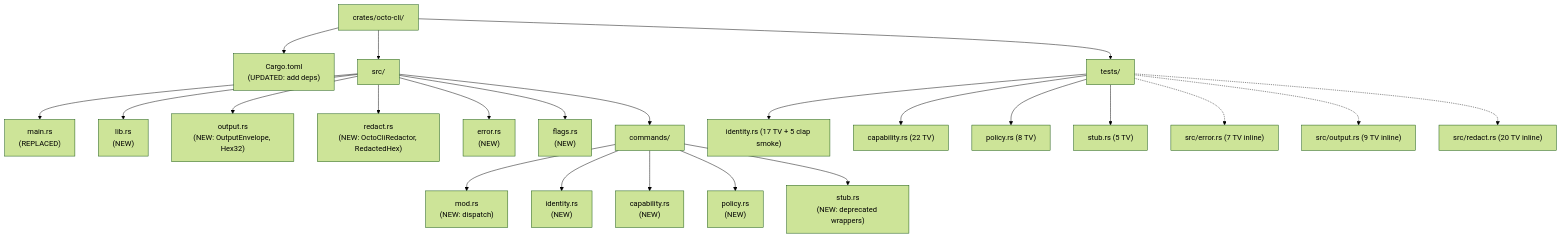
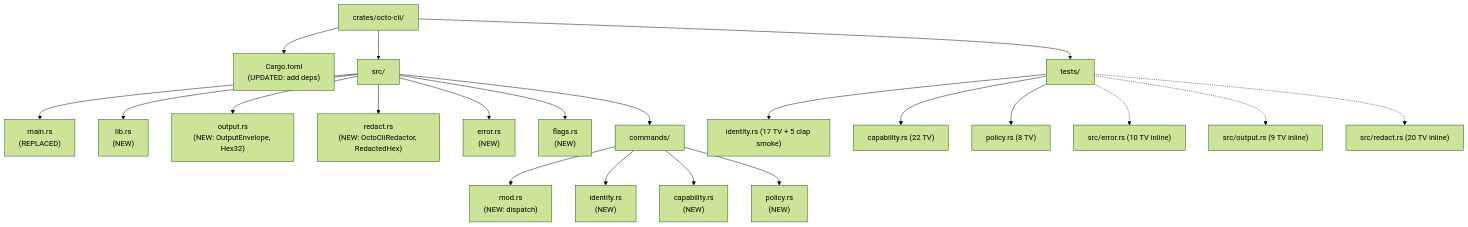
The diagram in docs/07-developers/octo-cli-implementation-guide.md (CipherOcto/cipherocto), drawn with Mermaid (forest theme) before and after one commit. The commit also changed other lines of this file and 2 other files, not shown here.

First line of the commit message:
fix(octo-cli): v2.0 stub removal review sweep round 4

````diff
--- a/docs/07-developers/octo-cli-implementation-guide.md
+++ b/docs/07-developers/octo-cli-implementation-guide.md
@@ -34,30 +34,28 @@
 ```mermaid
 graph TD
     crate["crates/octo-cli/"]
     crate --> cargo["Cargo.toml<br/>(UPDATED: add deps)"]
     crate --> src[src/]
     crate --> tests[tests/]
 
     src --> main["main.rs<br/>(REPLACED)"]
     src --> lib["lib.rs<br/>(NEW)"]
     src --> output["output.rs<br/>(NEW: OutputEnvelope, Hex32)"]
     src --> redact["redact.rs<br/>(NEW: OctoCliRedactor, RedactedHex)"]
     src --> error["error.rs<br/>(NEW)"]
     src --> flags["flags.rs<br/>(NEW)"]
     src --> commands[commands/]
 
     commands --> cmod["mod.rs<br/>(NEW: dispatch)"]
     commands --> identity["identity.rs<br/>(NEW)"]
     commands --> capability["capability.rs<br/>(NEW)"]
     commands --> policy["policy.rs<br/>(NEW)"]
-    commands --> stub["stub.rs<br/>(NEW: deprecated wrappers)"]
 
     tests --> t_id["identity.rs (17 TV + 5 clap smoke)"]
     tests --> t_cap["capability.rs (22 TV)"]
     tests --> t_pol["policy.rs (8 TV)"]
-    tests --> t_dep["stub.rs (5 TV)"]
     %% inline #[cfg(test)] modules in src/:
-    tests -.-> t_err["src/error.rs (7 TV inline)"]
+    tests -.-> t_err["src/error.rs (10 TV inline)"]
     tests -.-> t_env["src/output.rs (9 TV inline)"]
     tests -.-> t_red["src/redact.rs (20 TV inline)"]
 ```
````
